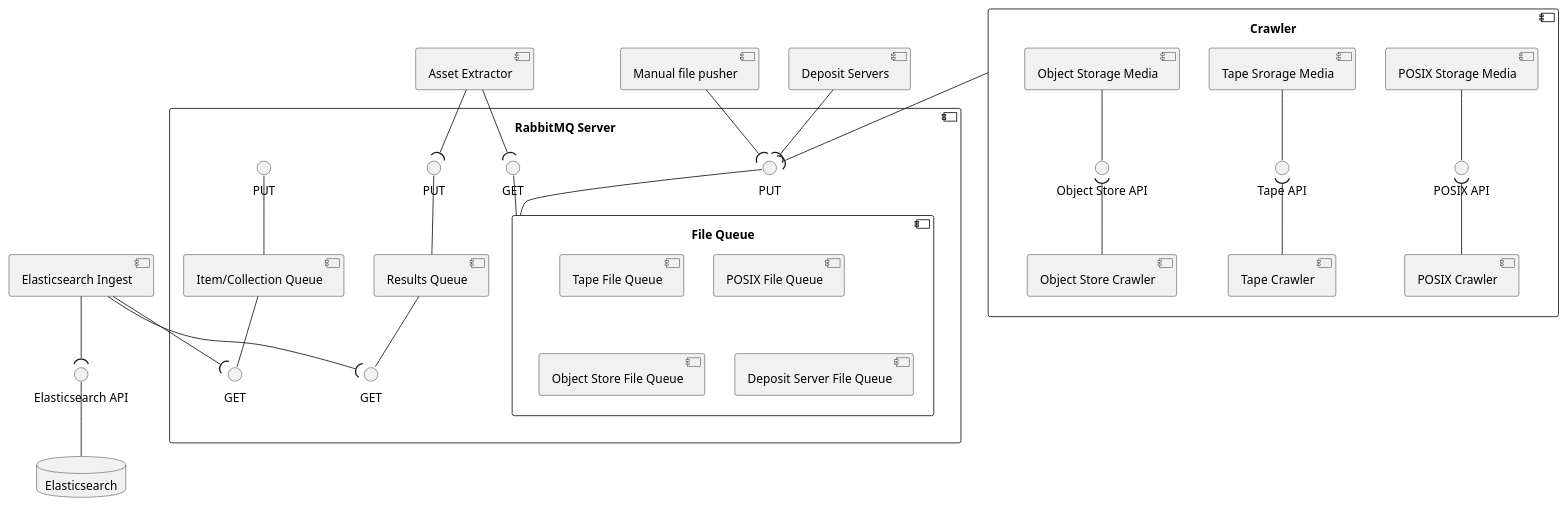
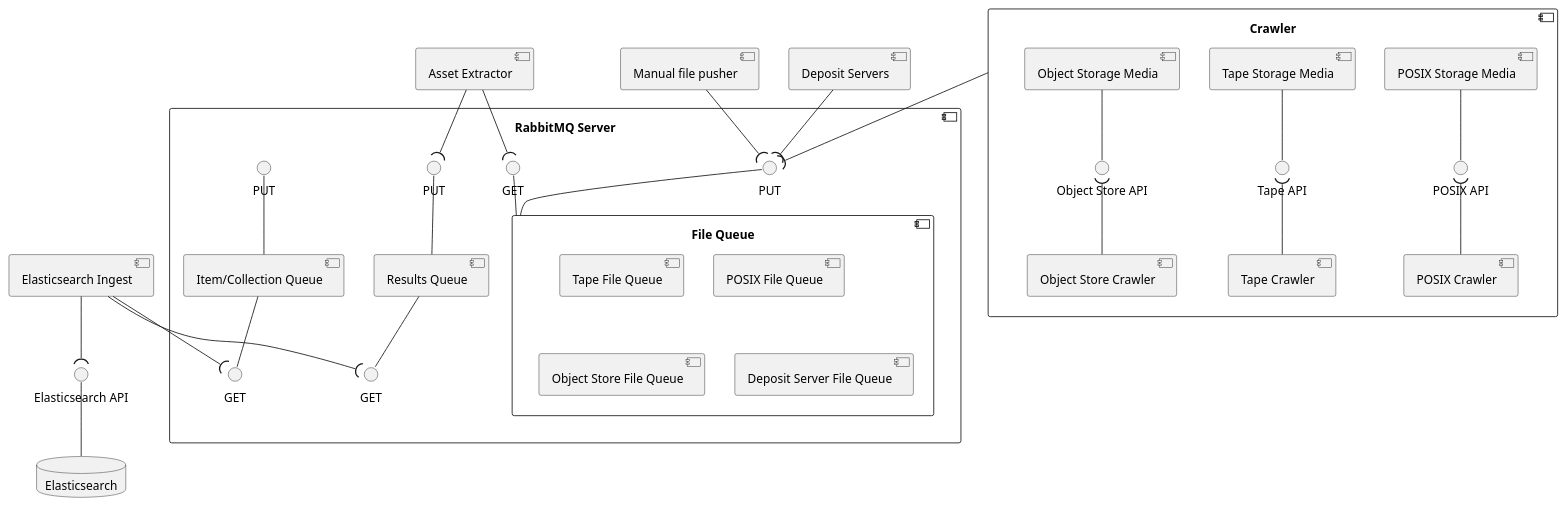
One commit to cedadev/search-futures changed the diagram in uml/crawler.wsd. Above: the diagram before and after it, drawn with PlantUML. The commit also changed 3 other files, not shown here.

Commit message:
adding a diagram for the components for the asset extractor

```diff
--- a/uml/crawler.wsd
+++ b/uml/crawler.wsd
@@ -1,76 +1,76 @@
 @startuml
 component "Crawler" as cpCrawler {
     component "POSIX Storage Media" as cpPosixMedia
     interface "POSIX API" as ifPosixAPI
     cpPosixMedia -down-() ifPosixAPI
 
-    component "Tape Srorage Media" as cpTapeMedia
+    component "Tape Storage Media" as cpTapeMedia
     interface "Tape API" as ifTapeAPI
     cpTapeMedia -down-() ifTapeAPI
 
     component "Object Storage Media" as cpObjectStoreMedia
     interface "Object Store API" as ifObjectAPI
     cpObjectStoreMedia -down-() ifObjectAPI
 
     component "POSIX Crawler" as cpPosixCrawler
 
     component "Tape Crawler" as cpTapeCrawler
 
     component "Object Store Crawler" as cpObjectCrawler
 
     cpPosixCrawler -up-( ifPosixAPI
     cpTapeCrawler -up-( ifTapeAPI
     cpObjectCrawler -up-( ifObjectAPI
 
     }
 
 
 component "RabbitMQ Server" as cpRabbitServer {
     component "File Queue" as cpFileQ {
         ' The "file queue" is split into multiple queues with different priorities
         ' Consumers will take from the high priority queues first and round robin
         ' The Deposit queue has the highest priority.
         component "Tape File Queue"
         component "POSIX File Queue"
         component "Object Store File Queue"
         component "Deposit Server File Queue"
     }
     interface "GET" as ifFQG
     interface "PUT" as ifFQP
     cpFileQ -up-() ifFQP
     cpFileQ -up-() ifFQG
 
     component "Results Queue" as cpResultsQ
     interface "GET" as ifRQG
     interface "PUT" as ifRQP
     cpResultsQ -up-() ifRQP
     cpResultsQ -down-() ifRQG
 
     component "Item/Collection Queue" as cpAggQ
     interface "GET" as ifAQG
     interface "PUT" as ifAQP
     cpAggQ -up-() ifAQP
     cpAggQ -down-() ifAQG
 }
 
 component "Deposit Servers" as cpDepositServer
 cpDepositServer -down-( ifFQP
 
 component "Manual file pusher" as cpManFilePush
 cpManFilePush -down-( ifFQP
 
 component "Asset Extractor" as cpAssetExtractor
 cpAssetExtractor -down-( ifFQG
 cpAssetExtractor -down-( ifRQP
 
 component "Elasticsearch Ingest" as cpEsIngest
 cpEsIngest -down-( ifRQG
 cpEsIngest -down-( ifAQG
 
 database "Elasticsearch" as dElasticsearch
 interface "Elasticsearch API" as ifElasticsearch
 dElasticsearch -up-() ifElasticsearch
 cpEsIngest -down-( ifElasticsearch
 
 cpCrawler -down-( ifFQP
 @enduml
```
